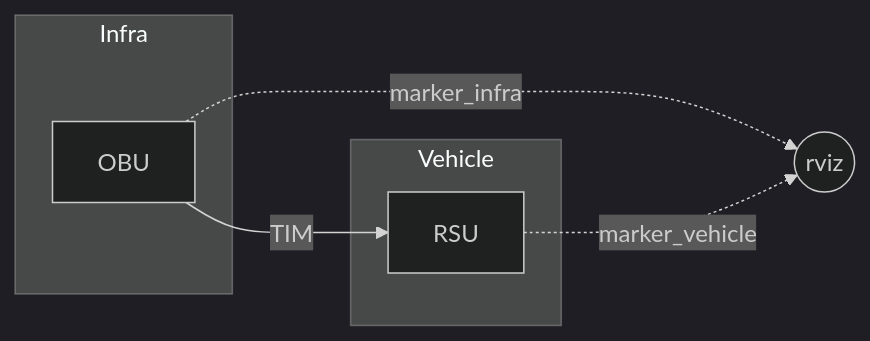
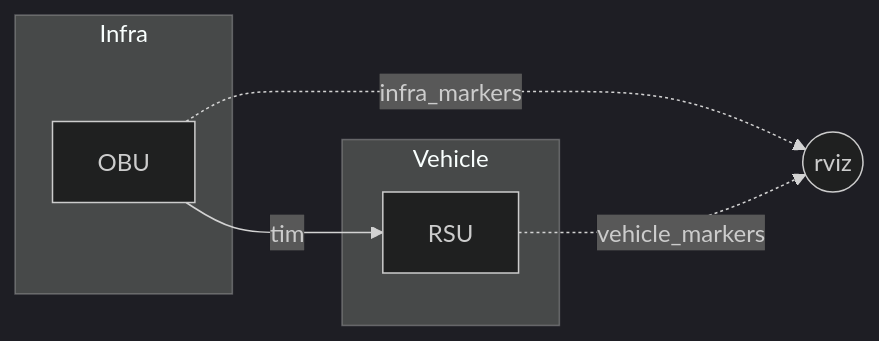
Before and after one commit to TypingCat/tim: the diagram in README.md, drawn with Mermaid (dark theme). The commit also changed 2 other files, not shown here.

Commit message:
Visualize vehicle perception

````diff
--- a/README.md
+++ b/README.md
@@ -5,14 +5,14 @@
 ``` mermaid
 graph LR
 subgraph Infra
     OBU
 end
 subgraph Vehicle
     RSU
 end
-OBU -->|TIM| RSU
+OBU -->|tim| RSU
 
 rviz((rviz))
-OBU -.->|marker_infra| rviz
-RSU -.->|marker_vehicle| rviz
+OBU -.->|infra_markers| rviz
+RSU -.->|vehicle_markers| rviz
 ```
````
